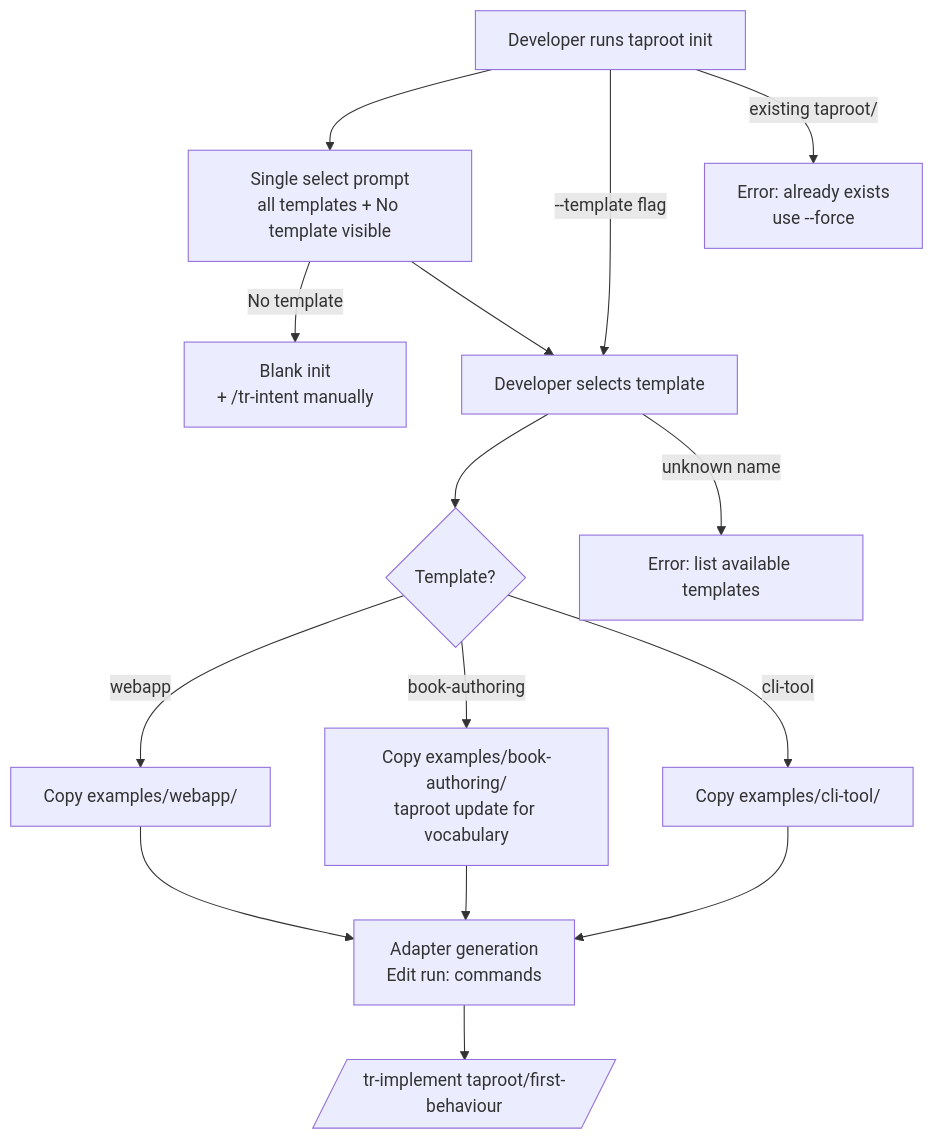
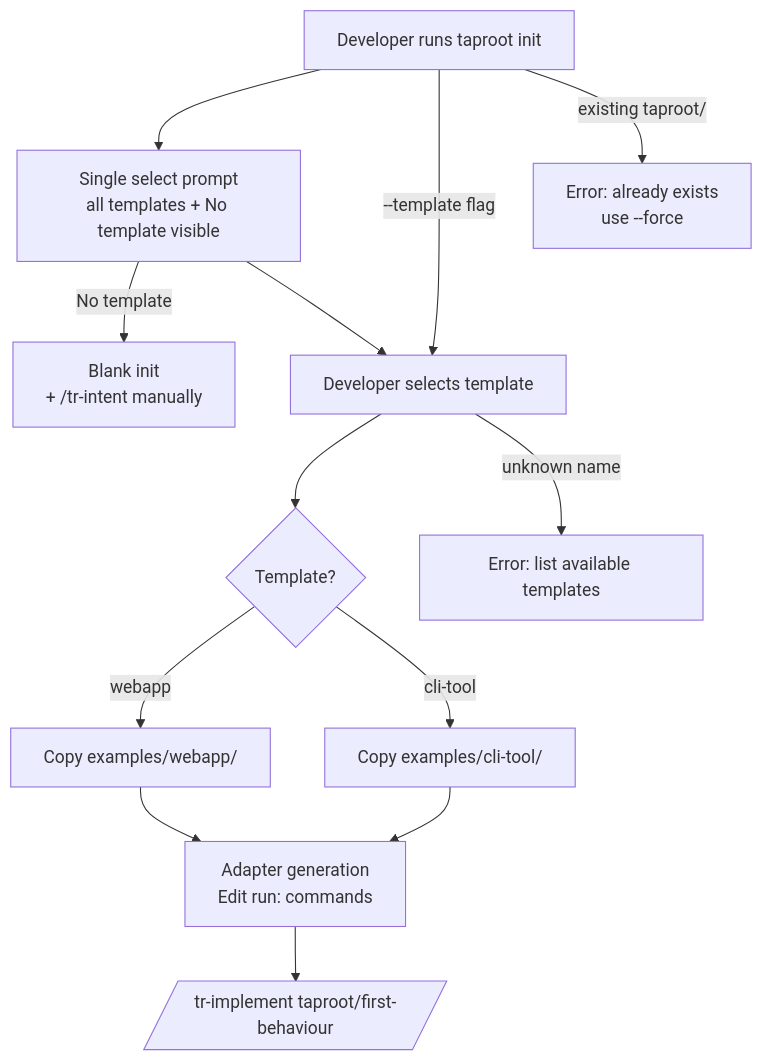
One commit to imix/taproot changed the diagram in taproot/specs/project-presentation/starter-examples/usecase.md. Above: the diagram before and after it, drawn with Mermaid. The commit also changed other lines of this file and 9 other files, not shown here.

````diff
--- a/taproot/specs/project-presentation/starter-examples/usecase.md
+++ b/taproot/specs/project-presentation/starter-examples/usecase.md
@@ -71,17 +62,15 @@
 ```mermaid
 flowchart TD
     A[Developer runs taproot init] --> B[Single select prompt\nall templates + No template visible]
     B -->|No template| Z[Blank init\n+ /tr-intent manually]
     A -->|--template flag| D
     B --> D[Developer selects template]
     D --> E{Template?}
     E -->|webapp| F[Copy examples/webapp/]
-    E -->|book-authoring| G[Copy examples/book-authoring/\ntaproot update for vocabulary]
     E -->|cli-tool| H[Copy examples/cli-tool/]
     F --> I[Adapter generation\nEdit run: commands]
-    G --> I
     H --> I
     I --> J[/tr-implement taproot/first-behaviour/]
     A -->|existing taproot/| K[Error: already exists\nuse --force]
     D -->|unknown name| L[Error: list available templates]
 ```
````
